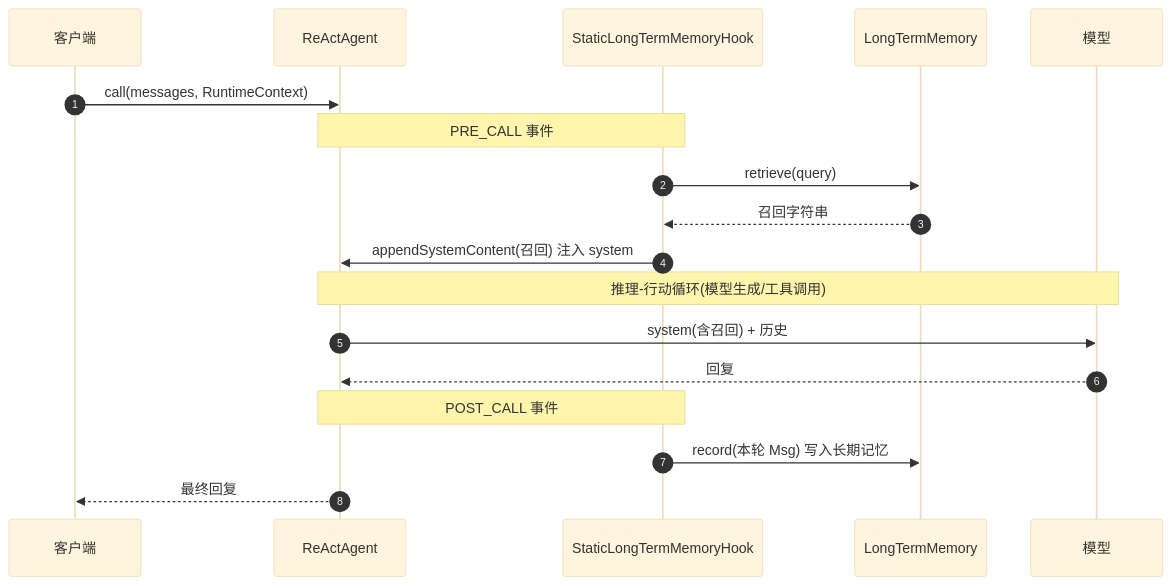
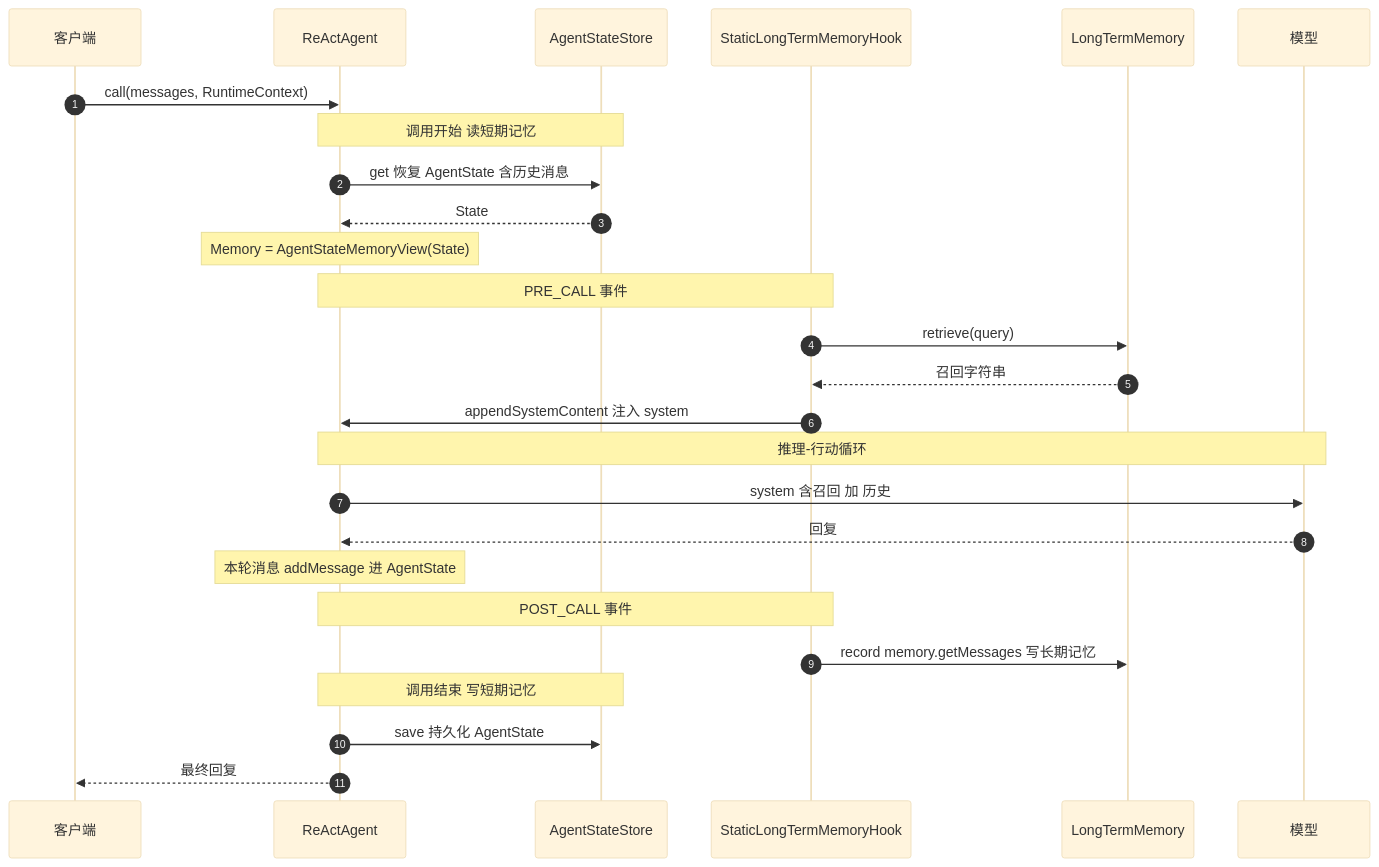
One commit to gaotong132/agentarts-sdk-java changed the first of 5 diagrams in docs/cn/sdk_user_guide/agentscope_memory_integration_guide.md. Above: the diagram before and after it, drawn with Mermaid (base theme). The commit also changed other lines of this file, not shown here.

First line of the commit message:
docs(integration-agentscope): short-term memory R/W timing + dual-replace feasibility

````diff
--- a/docs/cn/sdk_user_guide/agentscope_memory_integration_guide.md
+++ b/docs/cn/sdk_user_guide/agentscope_memory_integration_guide.md
@@ -127,23 +127,32 @@
 ```mermaid
 sequenceDiagram
     autonumber
     participant C as 客户端
     participant A as ReActAgent
+    participant S as AgentStateStore
     participant H as StaticLongTermMemoryHook
     participant L as LongTermMemory
     participant MM as 模型
 
     C->>A: call(messages, RuntimeContext)
+    Note over A,S: 调用开始 读短期记忆
+    A->>S: get 恢复 AgentState 含历史消息
+    S-->>A: State
+    Note over A: Memory = AgentStateMemoryView(State)
+
     Note over A,H: PRE_CALL 事件
     H->>L: retrieve(query)
     L-->>H: 召回字符串
-    H->>A: appendSystemContent(召回) 注入 system
+    H->>A: appendSystemContent 注入 system
 
-    Note over A,MM: 推理-行动循环(模型生成/工具调用)
-    A->>MM: system(含召回) + 历史
+    Note over A,MM: 推理-行动循环
+    A->>MM: system 含召回 加 历史
     MM-->>A: 回复
+    Note over A: 本轮消息 addMessage 进 AgentState
 
     Note over A,H: POST_CALL 事件
-    H->>L: record(本轮 Msg) 写入长期记忆
+    H->>L: record memory.getMessages 写长期记忆
+    Note over A,S: 调用结束 写短期记忆
+    A->>S: save 持久化 AgentState
     A-->>C: 最终回复
 ```
````
